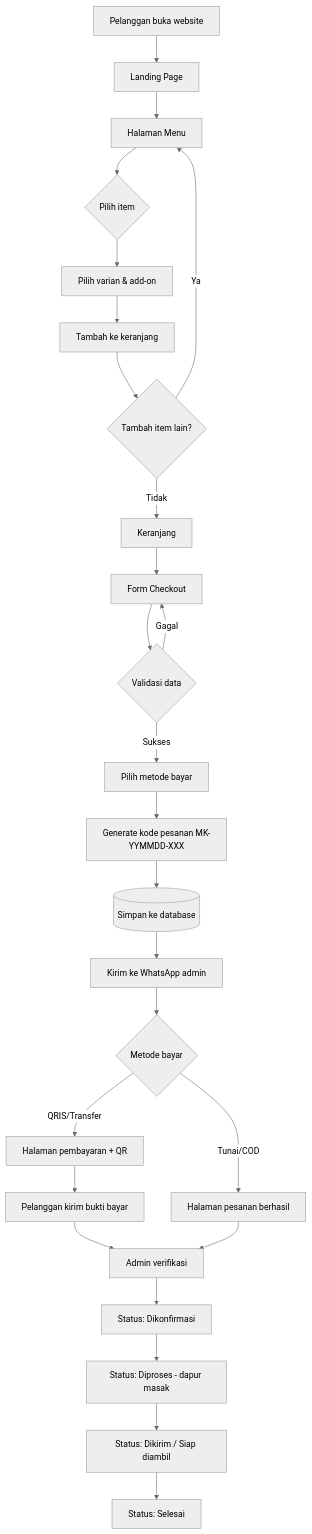
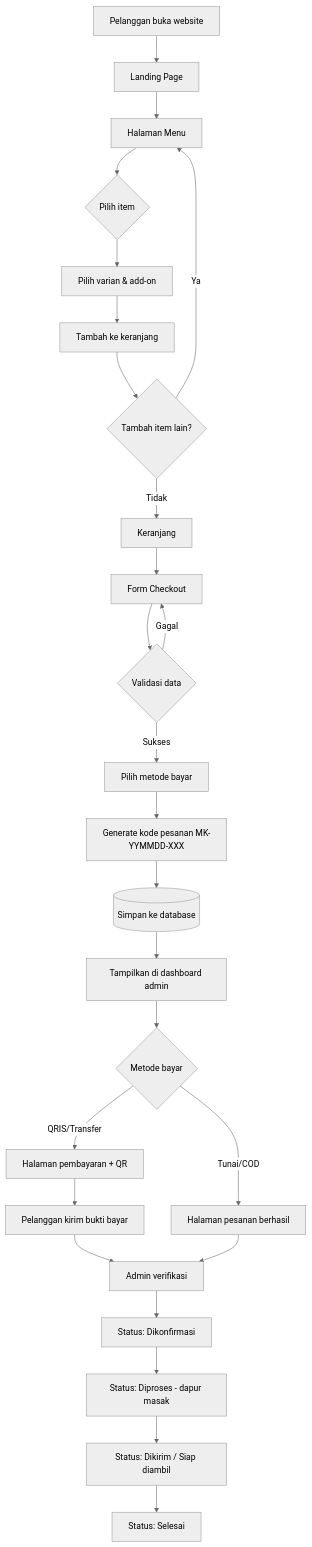
The diagram in docs/04_BUSINESS_FLOW.md (Sutannn13/mau-s-kitchen), drawn with Mermaid (neutral theme) before and after one commit. The commit also changed other lines of this file and 265 other files, not shown here.

````diff
--- a/docs/04_BUSINESS_FLOW.md
+++ b/docs/04_BUSINESS_FLOW.md
@@ -50,28 +52,28 @@
 ```mermaid
 flowchart TD
     A[Pelanggan buka website] --> B[Landing Page]
     B --> C[Halaman Menu]
     C --> D{Pilih item}
     D --> E[Pilih varian & add-on]
     E --> F[Tambah ke keranjang]
     F --> G{Tambah item lain?}
     G -- Ya --> C
     G -- Tidak --> H[Keranjang]
     H --> I[Form Checkout]
     I --> J{Validasi data}
     J -- Gagal --> I
     J -- Sukses --> K[Pilih metode bayar]
     K --> L[Generate kode pesanan MK-YYMMDD-XXX]
     L --> M[(Simpan ke database)]
-    M --> N[Kirim ke WhatsApp admin]
+    M --> N[Tampilkan di dashboard admin]
     N --> O{Metode bayar}
     O -- QRIS/Transfer --> P[Halaman pembayaran + QR]
     O -- Tunai/COD --> Q[Halaman pesanan berhasil]
     P --> R[Pelanggan kirim bukti bayar]
     R --> S[Admin verifikasi]
     Q --> S
     S --> T[Status: Dikonfirmasi]
     T --> U[Status: Diproses - dapur masak]
     U --> V[Status: Dikirim / Siap diambil]
     V --> W[Status: Selesai]
 ```
````
